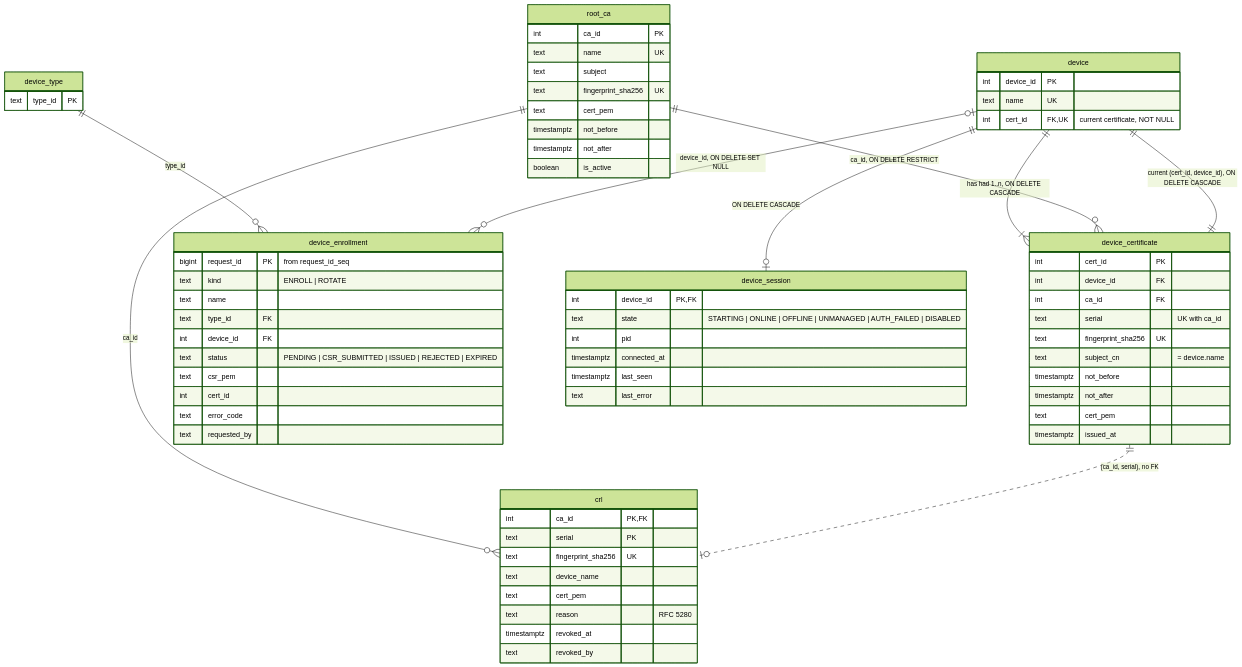
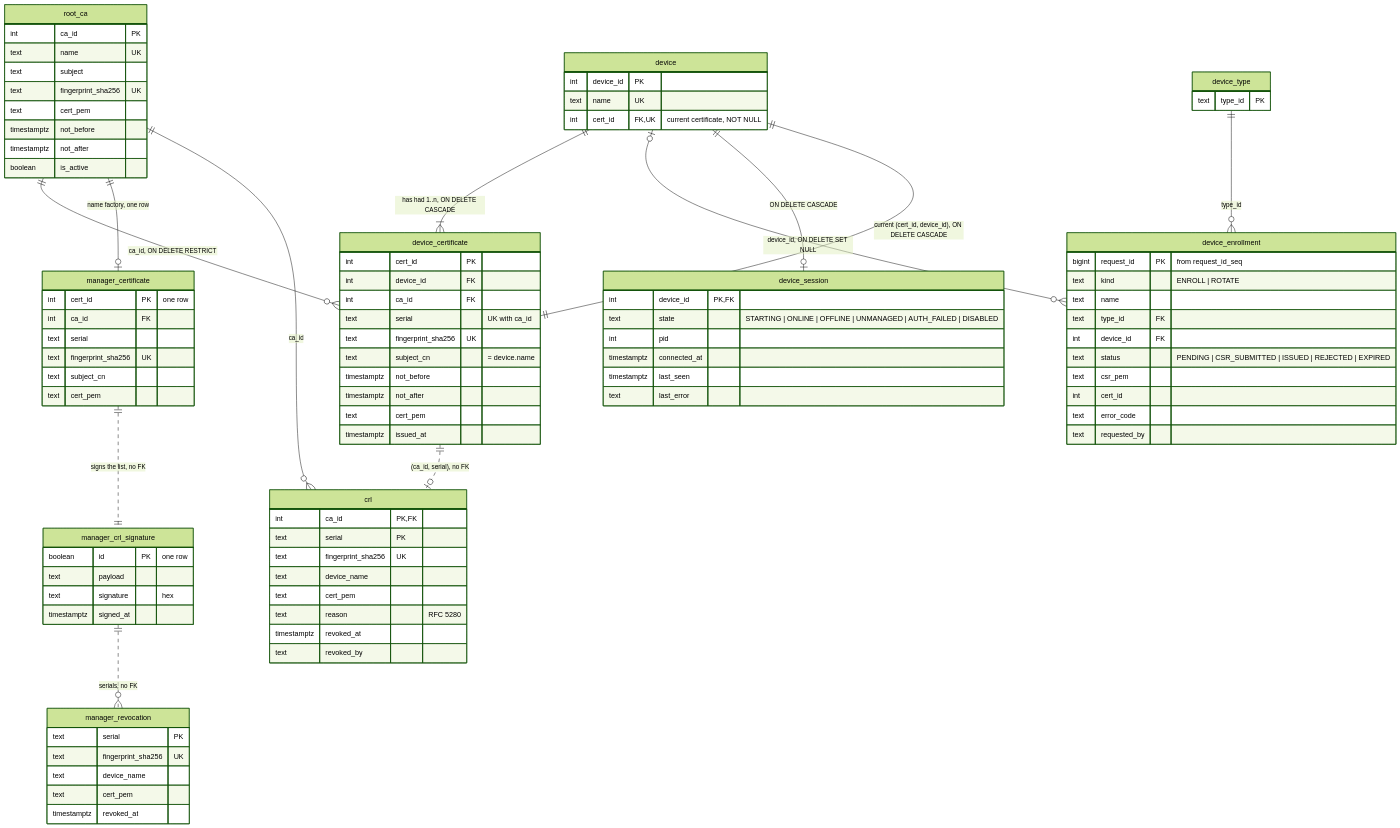
One commit to jgmatu/postgresql changed the fourth of 8 diagrams in sql/README.md. Above: the diagram before and after it, drawn with Mermaid (forest theme). The commit also changed other lines of this file and 8 other files, not shown here.

```diff
--- a/sql/README.md
+++ b/sql/README.md
@@ -184,8 +184,11 @@
     device ||--|{ device_certificate : "has had 1..n, ON DELETE CASCADE"
     device_certificate ||--|| device : "current (cert_id, device_id), ON DELETE CASCADE"
     root_ca ||--o{ device_certificate : "ca_id, ON DELETE RESTRICT"
+    root_ca ||--o| manager_certificate : "name factory, one row"
     root_ca ||--o{ crl : "ca_id"
     device_certificate ||..o| crl : "(ca_id, serial), no FK"
+    manager_certificate ||..|| manager_crl_signature : "signs the list, no FK"
+    manager_crl_signature ||..o{ manager_revocation : "serials, no FK"
     device_type ||--o{ device_enrollment : "type_id"
     device |o--o{ device_enrollment : "device_id, ON DELETE SET NULL"
     device ||--o| device_session : "ON DELETE CASCADE"
@@ -230,6 +233,27 @@
         timestamptz revoked_at
         text revoked_by
     }
+    manager_certificate {
+        int cert_id PK "one row"
+        int ca_id FK
+        text serial
+        text fingerprint_sha256 UK
+        text subject_cn
+        text cert_pem
+    }
+    manager_revocation {
+        text serial PK
+        text fingerprint_sha256 UK
+        text device_name
+        text cert_pem
+        timestamptz revoked_at
+    }
+    manager_crl_signature {
+        boolean id PK "one row"
+        text payload
+        text signature "hex"
+        timestamptz signed_at
+    }
     device_enrollment {
         bigint request_id PK "from request_id_seq"
         text kind "ENROLL | ROTATE"
```
